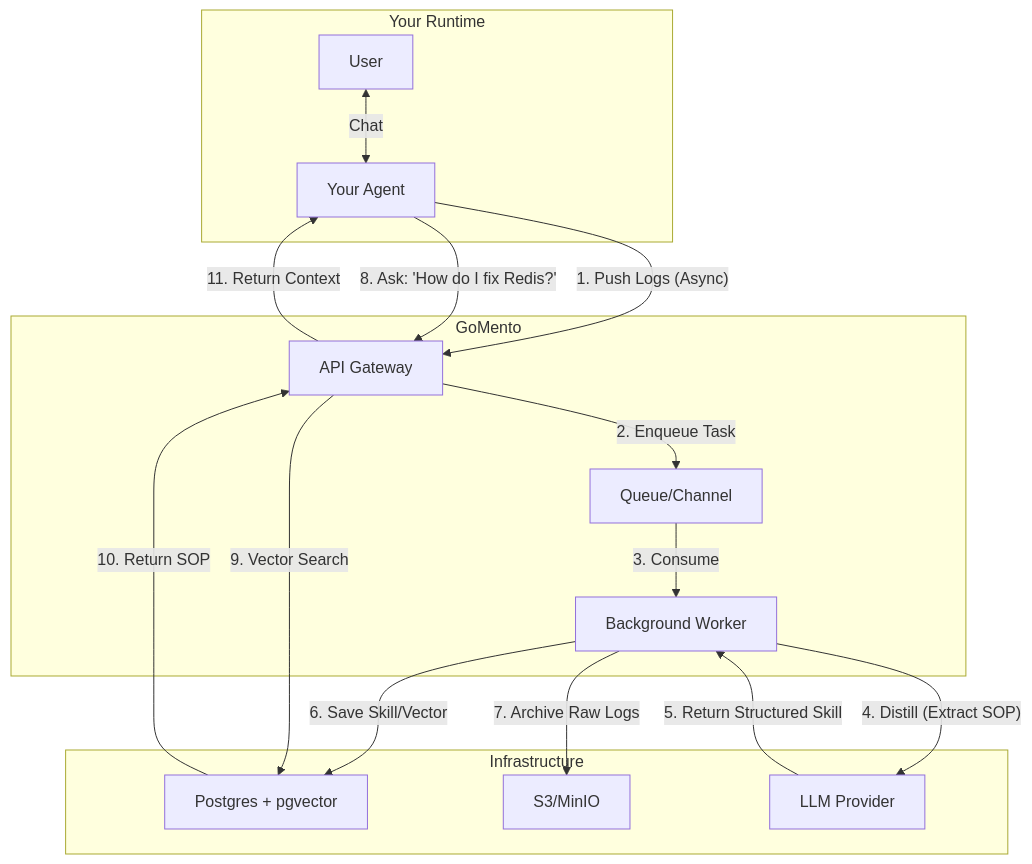
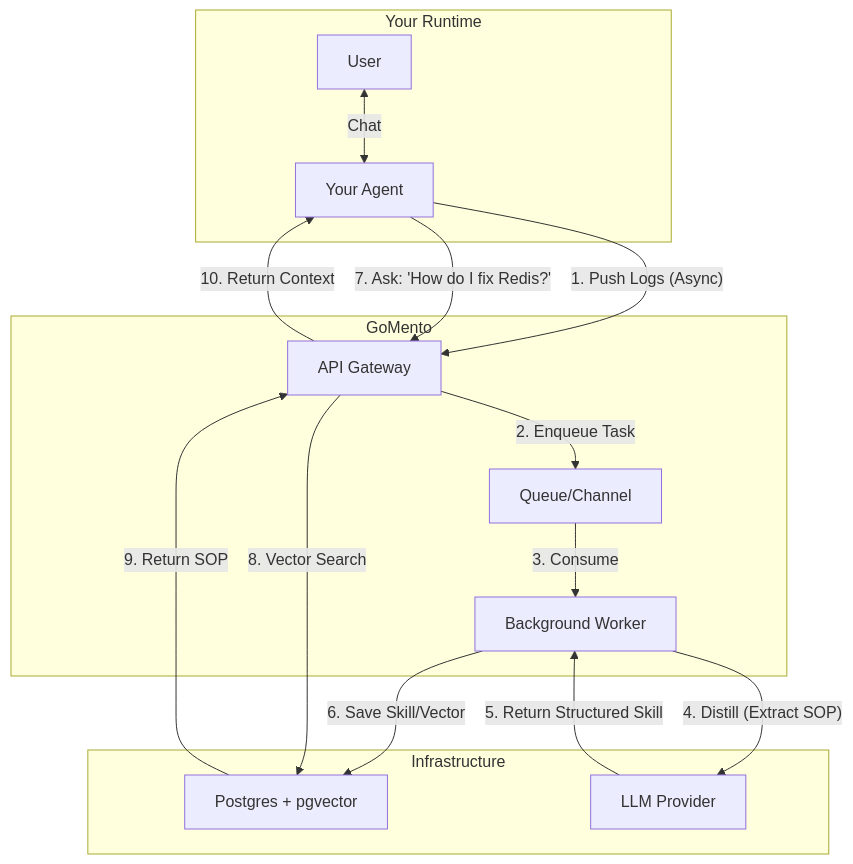
One commit to w-h-a/gomento changed the first of 2 diagrams in README.md. Above: the diagram before and after it, drawn with Mermaid. The commit also changed other lines of this file and 5 other files, not shown here.

````diff
--- a/README.md
+++ b/README.md
@@ -19,34 +19,31 @@
 ```mermaid
 graph TD
     subgraph "Your Runtime"
         User[User] <-->|Chat| Agent[Your Agent]
     end
 
     subgraph "GoMento"
         API[API Gateway]
         Queue[Queue/Channel]
         Worker[Background Worker]
     end
 
     subgraph "Infrastructure"
         Postgres[Postgres + pgvector]
-        S3[S3/MinIO]
         LLM[LLM Provider]
     end
 
     %% Flow 1: Storing Context
     Agent -- "1. Push Logs (Async)" --> API
     API -- "2. Enqueue Task" --> Queue
     Queue -- "3. Consume" --> Worker
     Worker -- "4. Distill (Extract SOP)" --> LLM
     LLM -- "5. Return Structured Skill" --> Worker
     Worker -- "6. Save Skill/Vector" --> Postgres
-    Worker -- "7. Archive Raw Logs" --> S3
 
     %% Flow 2: Retrieval
-    Agent -- "8. Ask: 'How do I fix Redis?'" --> API
-    API -- "9. Vector Search" --> Postgres
-    Postgres -- "10. Return SOP" --> API
-    API -- "11. Return Context" --> Agent
-
+    Agent -- "7. Ask: 'How do I fix Redis?'" --> API
+    API -- "8. Vector Search" --> Postgres
+    Postgres -- "9. Return SOP" --> API
+    API -- "10. Return Context" --> Agent
 ```
````
